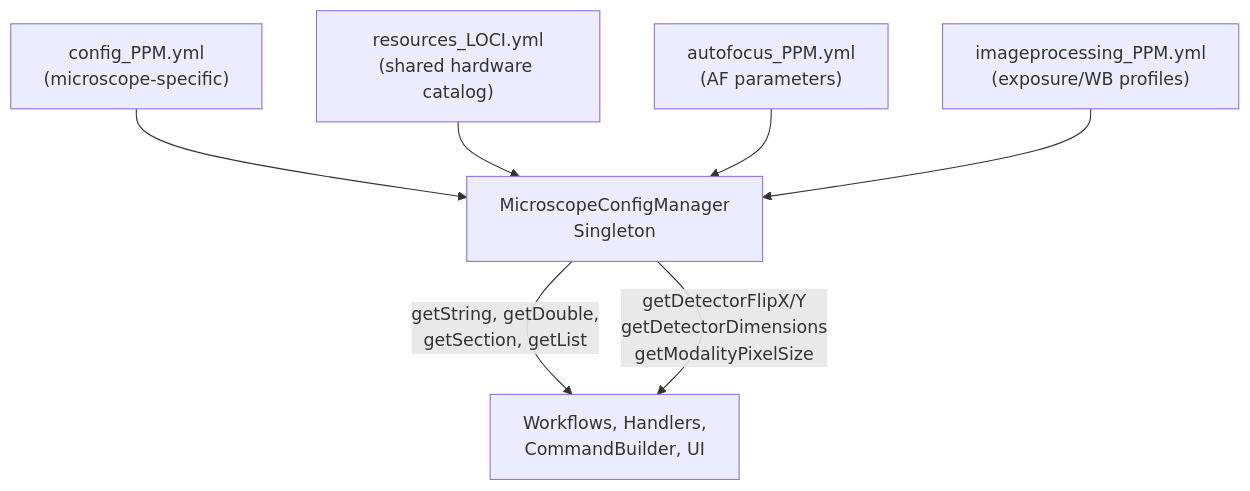
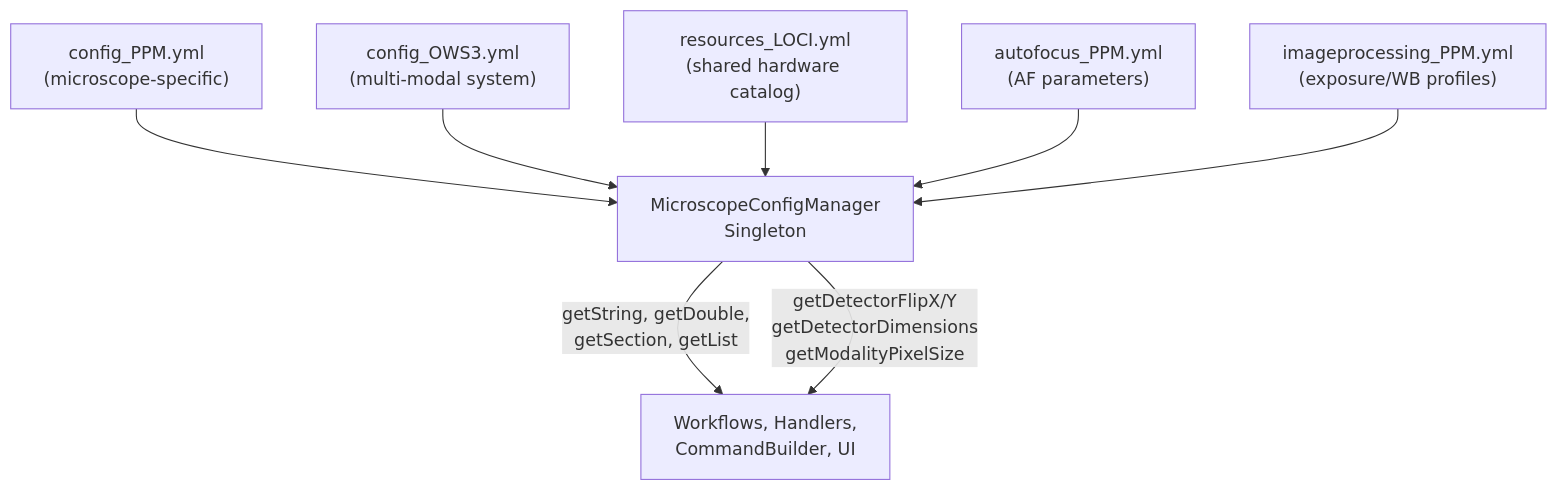
One commit to uw-loci/qupath-extension-qpsc changed the sixth of 7 diagrams in documentation/developer/ARCHITECTURE.md. Above: the diagram before and after it, drawn with Mermaid. The commit also changed other lines of this file and 12 other files, not shown here.

````diff
--- a/documentation/developer/ARCHITECTURE.md
+++ b/documentation/developer/ARCHITECTURE.md
@@ -243,10 +248,11 @@
 ```mermaid
 graph TB
     YAML["config_PPM.yml<br/>(microscope-specific)"] --> MCM[MicroscopeConfigManager<br/>Singleton]
+    YAML2["config_OWS3.yml<br/>(multi-modal system)"] --> MCM
     RES["resources_LOCI.yml<br/>(shared hardware catalog)"] --> MCM
     AF["autofocus_PPM.yml<br/>(AF parameters)"] --> MCM
     IP["imageprocessing_PPM.yml<br/>(exposure/WB profiles)"] --> MCM
 
     MCM -->|"getString, getDouble,<br/>getSection, getList"| Callers["Workflows, Handlers,<br/>CommandBuilder, UI"]
     MCM -->|"getDetectorFlipX/Y<br/>getDetectorDimensions<br/>getModalityPixelSize"| Callers
 ```
````
